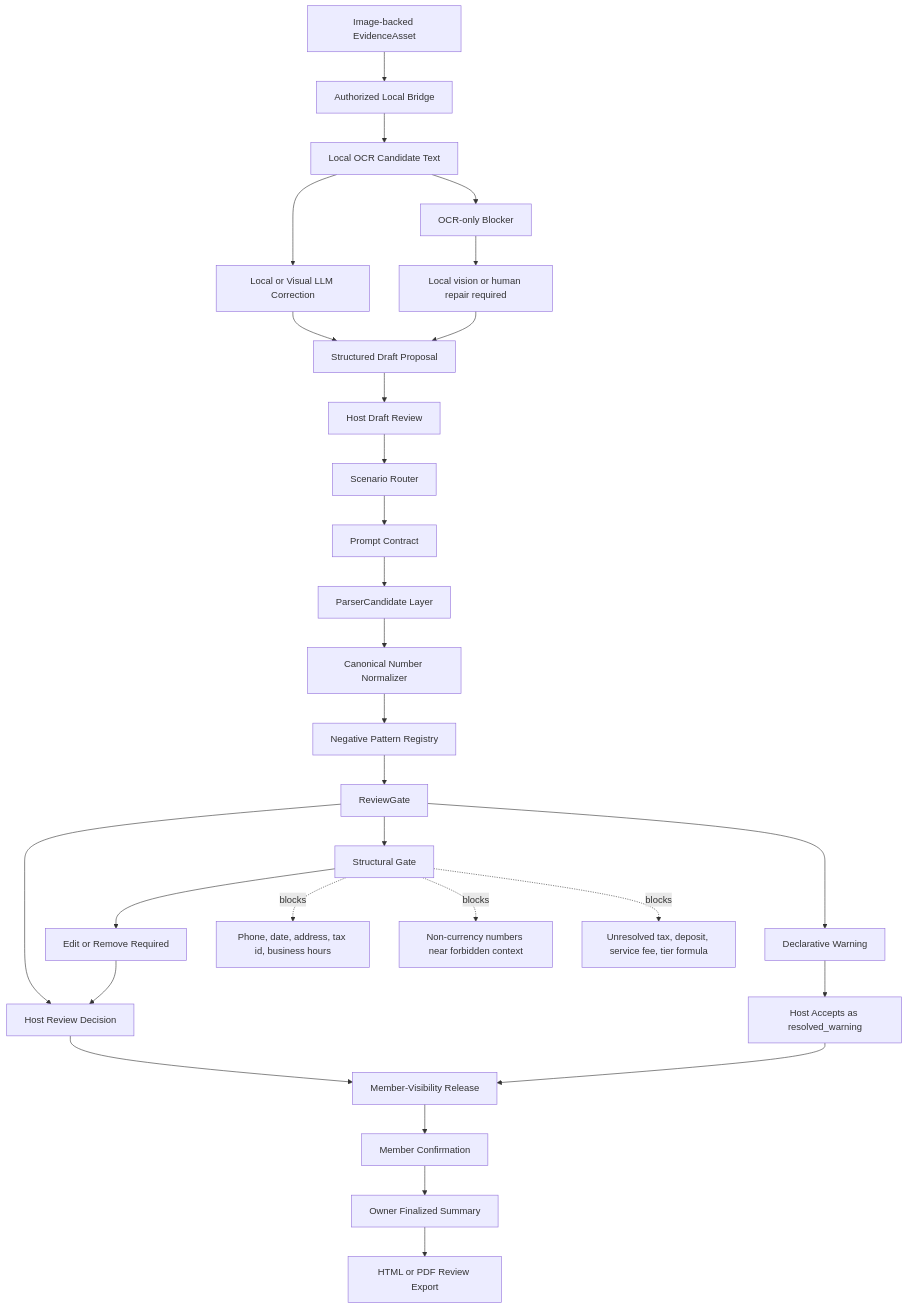
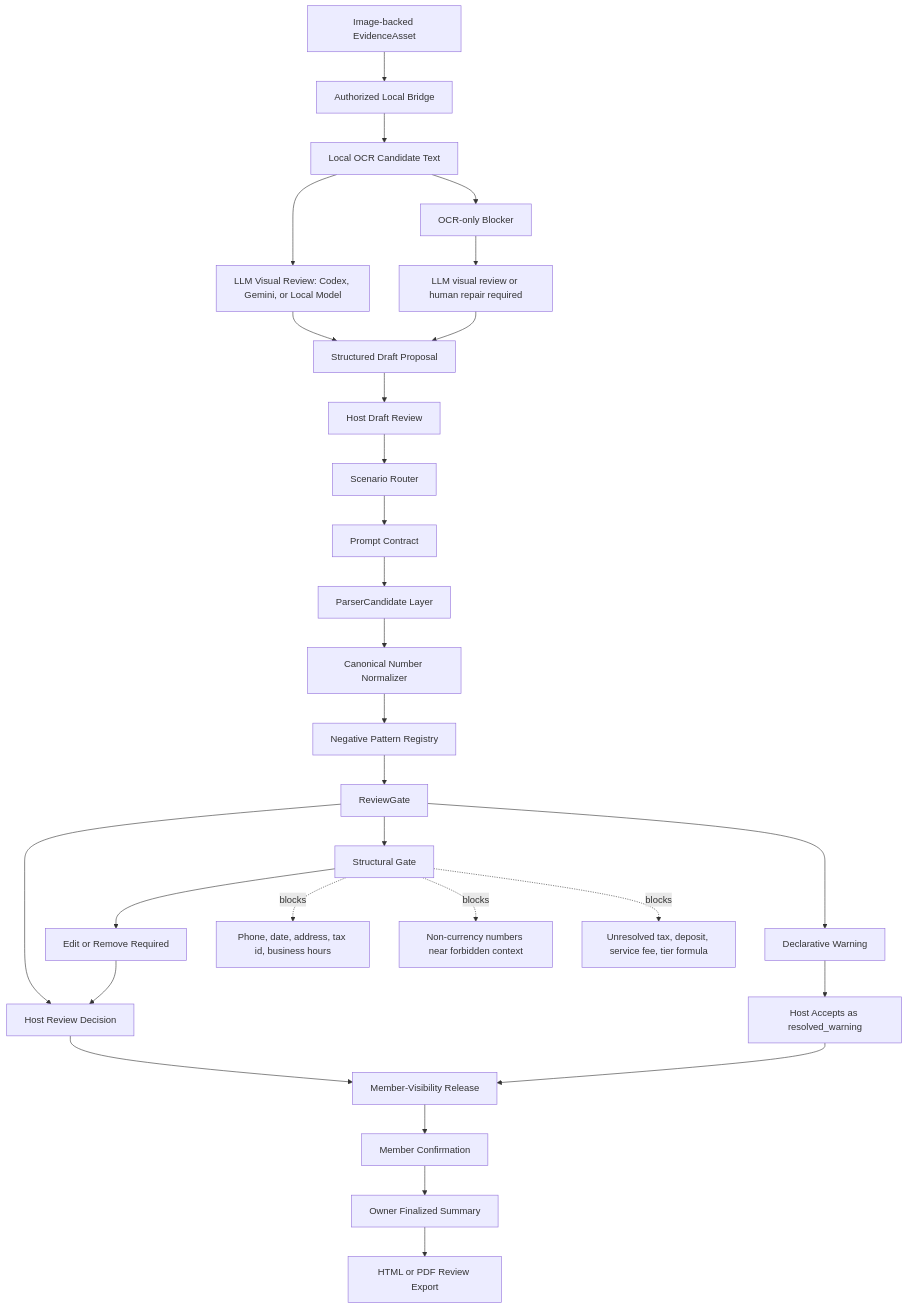
Before and after one commit to jiarong0423/shared-room-mcp: the second of 2 diagrams in docs/architecture/ADAPTIVE_CONTRACT_MCP.md, drawn with Mermaid. The commit also changed other lines of this file and 12 other files, not shown here.

Commit message:
Add guided OCR LLM review flow

````diff
--- a/docs/architecture/ADAPTIVE_CONTRACT_MCP.md
+++ b/docs/architecture/ADAPTIVE_CONTRACT_MCP.md
@@ -60,35 +75,35 @@
 ```mermaid
 flowchart TD
   L0[Image-backed EvidenceAsset] --> B0[Authorized Local Bridge]
   B0 --> B1[Local OCR Candidate Text]
-  B1 --> B2[Local or Visual LLM Correction]
+  B1 --> B2[LLM Visual Review: Codex, Gemini, or Local Model]
   B2 --> B3[Structured Draft Proposal]
   B3 --> L1[Host Draft Review]
   L1 --> L2[Scenario Router]
   L2 --> L3[Prompt Contract]
   L3 --> L4[ParserCandidate Layer]
   L4 --> L5[Canonical Number Normalizer]
   L5 --> L6[Negative Pattern Registry]
   L6 --> L7[ReviewGate]
   L7 --> L8[Host Review Decision]
   L8 --> L9[Member-Visibility Release]
   L9 --> L10[Member Confirmation]
   L10 --> L11[Owner Finalized Summary]
   L11 --> L12[HTML or PDF Review Export]
 
   L7 --> W[Declarative Warning]
   W --> RW[Host Accepts as resolved_warning]
   RW --> L9
 
   B1 --> OB[OCR-only Blocker]
-  OB --> HR[Local vision or human repair required]
+  OB --> HR[LLM visual review or human repair required]
   HR --> B3
 
   L7 --> S[Structural Gate]
   S --> ER[Edit or Remove Required]
   ER --> L8
 
   S -. blocks .-> RISK[Phone, date, address, tax id, business hours]
   S -. blocks .-> RISK_NON_CURRENCY[Non-currency numbers near forbidden context]
   S -. blocks .-> RISK_FORMULA[Unresolved tax, deposit, service fee, tier formula]
 ```
````
